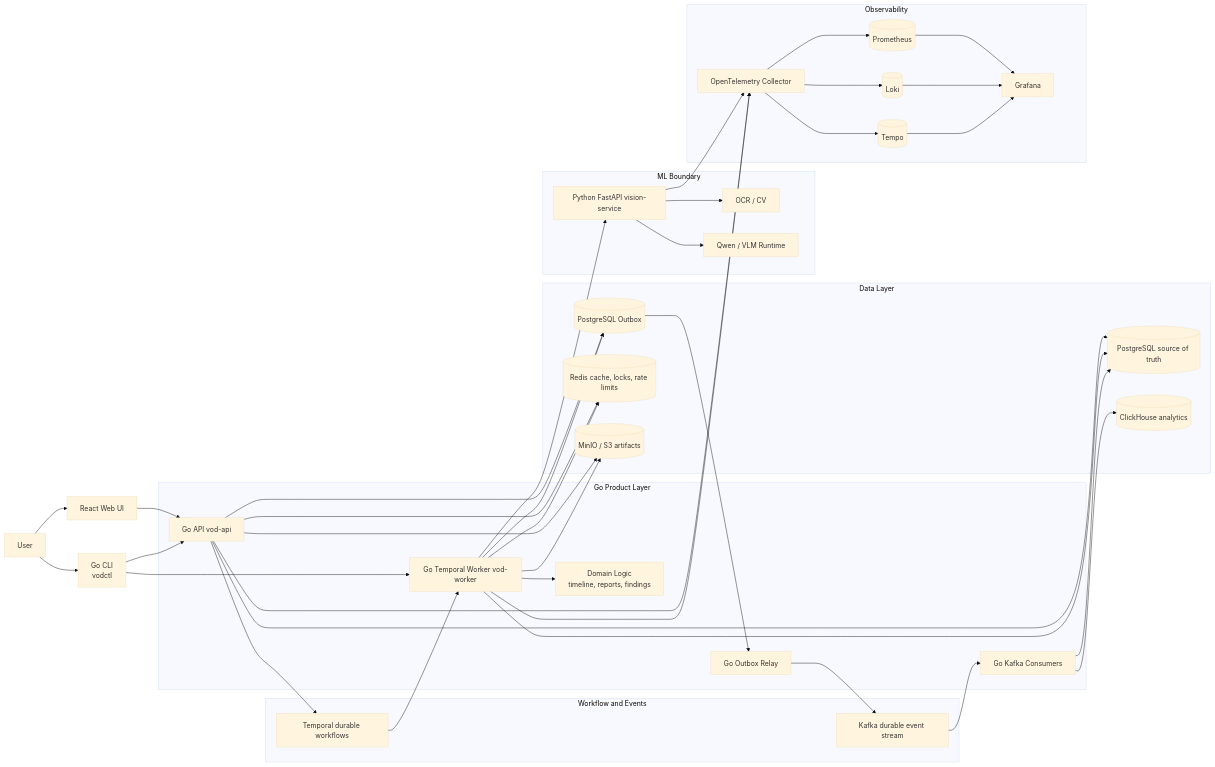
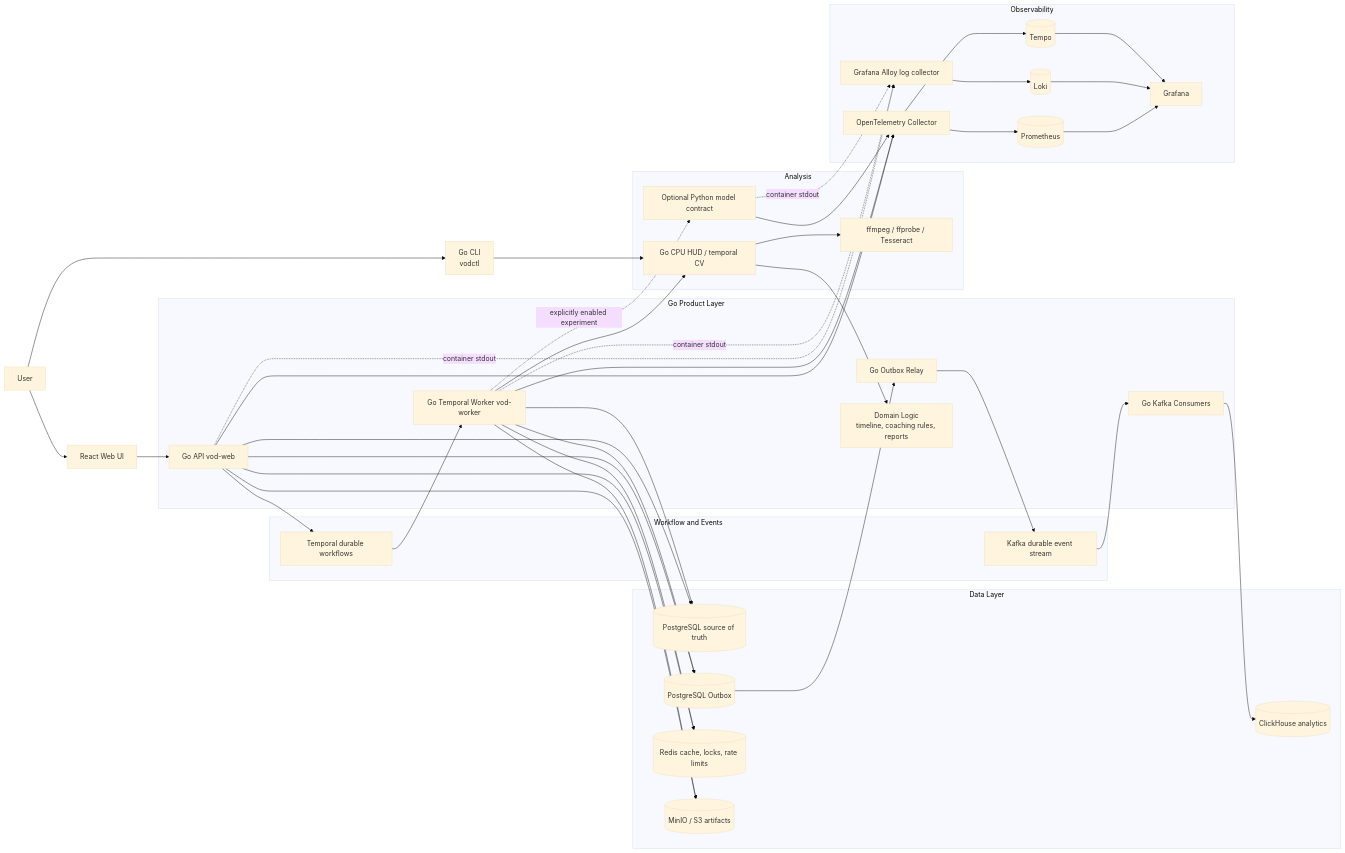
One commit to Asklit/valorant-vod-coach changed the second of 5 diagrams in docs/system-diagrams.md. Above: the diagram before and after it, drawn with Mermaid (base theme). The commit also changed other lines of this file and 7 other files, not shown here.

Commit message:
docs: align architecture with delivered product

````diff
--- a/docs/system-diagrams.md
+++ b/docs/system-diagrams.md
@@ -72,80 +72,81 @@
 ```mermaid
 flowchart LR
   user[User]
   web[React Web UI]
   cli[Go CLI<br/>vodctl]
 
   subgraph go[Go Product Layer]
-    api[Go API vod-api]
+    api[Go API vod-web]
     worker[Go Temporal Worker vod-worker]
     relay[Go Outbox Relay]
     sink[Go Kafka Consumers]
-    domain[Domain Logic<br/>timeline, reports, findings]
+    domain[Domain Logic<br/>timeline, coaching rules, reports]
   end
 
   subgraph workflow[Workflow and Events]
     temporal[Temporal durable workflows]
     kafka[Kafka durable event stream]
   end
 
   subgraph data[Data Layer]
     pg[(PostgreSQL source of truth)]
     outbox[(PostgreSQL Outbox)]
     ch[(ClickHouse analytics)]
     redis[(Redis cache, locks, rate limits)]
     object[(MinIO / S3 artifacts)]
   end
 
-  subgraph ml[ML Boundary]
-    vision[Python FastAPI vision-service]
-    ocr[OCR / CV]
-    vlm[Qwen / VLM Runtime]
+  subgraph analysis[Analysis]
+    local[Go CPU HUD / temporal CV]
+    tools[ffmpeg / ffprobe / Tesseract]
+    vision[Optional Python model contract]
   end
 
   subgraph obs[Observability]
     otel[OpenTelemetry Collector]
+    alloy[Grafana Alloy log collector]
     prom[(Prometheus)]
     loki[(Loki)]
     tempo[(Tempo)]
     grafana[Grafana]
   end
 
   user --> web
   user --> cli
 
   web --> api
-  cli --> api
-  cli --> worker
+  cli --> local
 
   api --> pg
   api --> redis
   api --> object
   api --> temporal
   api --> outbox
 
   temporal --> worker
-  worker --> domain
+  worker --> local
+  local --> tools
+  local --> domain
   worker --> pg
   worker --> outbox
   worker --> redis
   worker --> object
-  worker --> vision
+  worker -. explicitly enabled experiment .-> vision
   outbox --> relay
   relay --> kafka
   kafka --> sink
   sink --> ch
-  sink --> pg
-
-  vision --> ocr
-  vision --> vlm
 
   api --> otel
   worker --> otel
   vision --> otel
   otel --> prom
-  otel --> loki
   otel --> tempo
+  api -. container stdout .-> alloy
+  worker -. container stdout .-> alloy
+  vision -. container stdout .-> alloy
+  alloy --> loki
   prom --> grafana
   loki --> grafana
   tempo --> grafana
 ```
````
